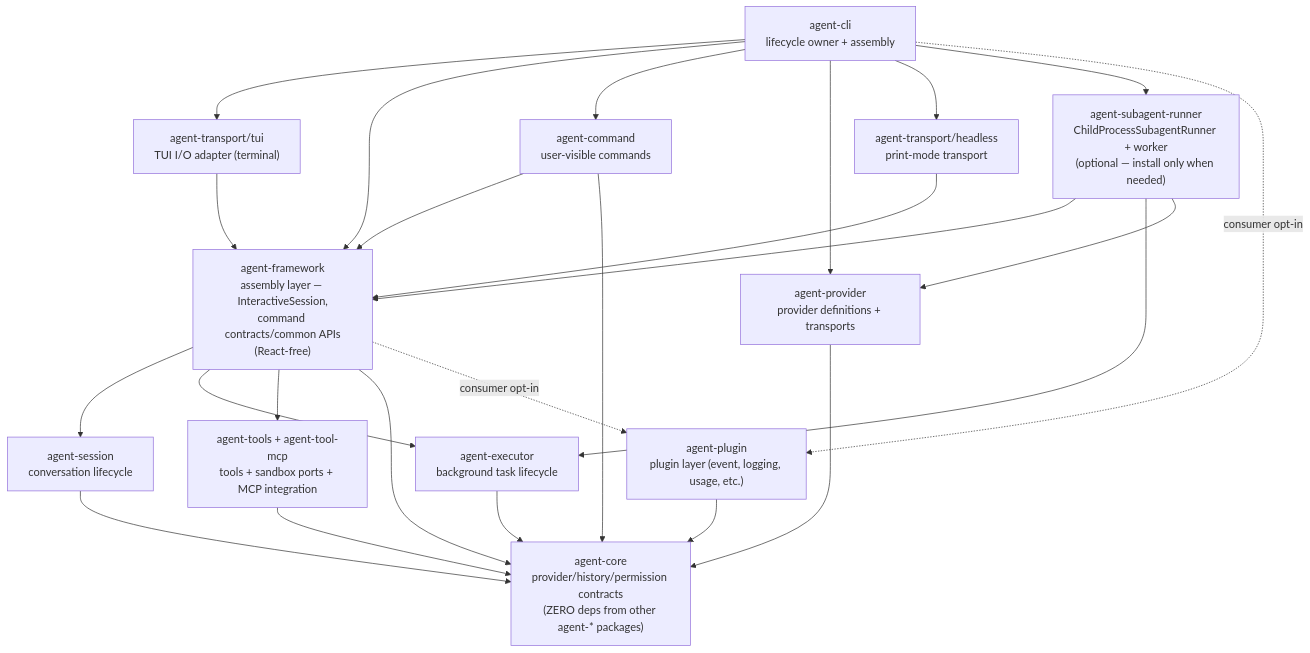
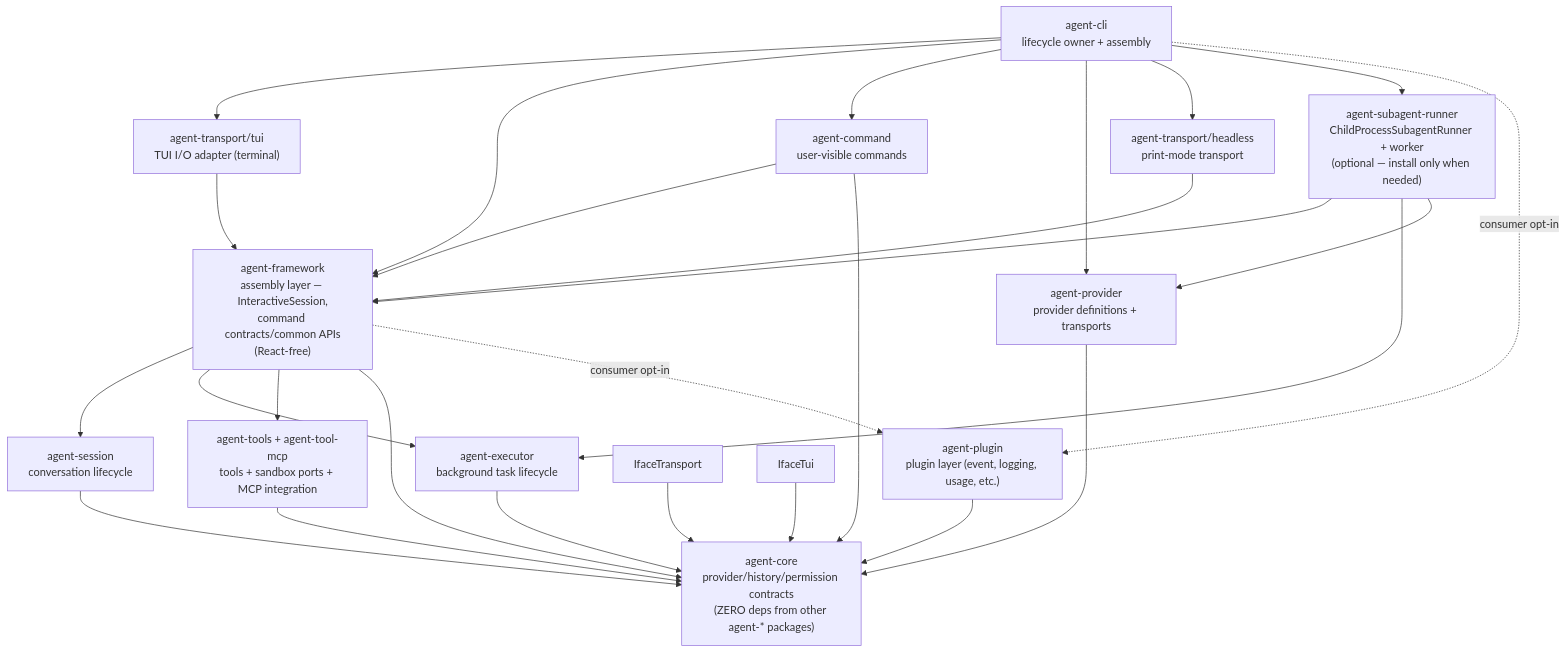
One commit to woojubb/robota changed the first of 2 diagrams in .agents/specs/architecture-map/agent-system.md. Above: the diagram before and after it, drawn with Mermaid. The commit also changed other lines of this file and 1430 other files, not shown here.

````diff
--- a/.agents/specs/architecture-map/agent-system.md
+++ b/.agents/specs/architecture-map/agent-system.md
@@ -9,40 +9,42 @@
 ```mermaid
 flowchart TD
   AgentCLI["agent-cli\nlifecycle owner + assembly"]
   TuiTransport["agent-transport/tui\nTUI I/O adapter (terminal)"]
   Headless["agent-transport/headless\nprint-mode transport"]
   Commands["agent-command\nuser-visible commands"]
   Framework["agent-framework\nassembly layer — InteractiveSession,\ncommand contracts/common APIs\n(React-free)"]
   Sessions["agent-session\nconversation lifecycle"]
   Executor["agent-executor\nbackground task lifecycle"]
   Tools["agent-tools + agent-tool-mcp\ntools + sandbox ports + MCP integration"]
   Core["agent-core\nprovider/history/permission contracts\n(ZERO deps from other agent-* packages)"]
   Providers["agent-provider\nprovider definitions + transports"]
   SubagentRunner["agent-subagent-runner\nChildProcessSubagentRunner + worker\n(optional — install only when needed)"]
   Plugins["agent-plugin\nplugin layer (event, logging, usage, etc.)"]
 
   AgentCLI --> TuiTransport
   AgentCLI --> Framework
   AgentCLI --> Commands
   AgentCLI --> Providers
   AgentCLI --> Headless
   AgentCLI --> SubagentRunner
   TuiTransport --> Framework
   AgentCLI -. "consumer opt-in" .-> Plugins
   Headless --> Framework
   Commands --> Framework
   Commands --> Core
   SubagentRunner --> Framework
   SubagentRunner --> Executor
   SubagentRunner --> Providers
   Framework --> Sessions
   Framework --> Executor
   Framework --> Tools
   Framework --> Core
   Framework -. "consumer opt-in" .-> Plugins
   Providers --> Core
   Sessions --> Core
   Executor --> Core
   Tools --> Core
   Plugins --> Core
+  IfaceTransport --> Core
+  IfaceTui --> Core
 ```
````
